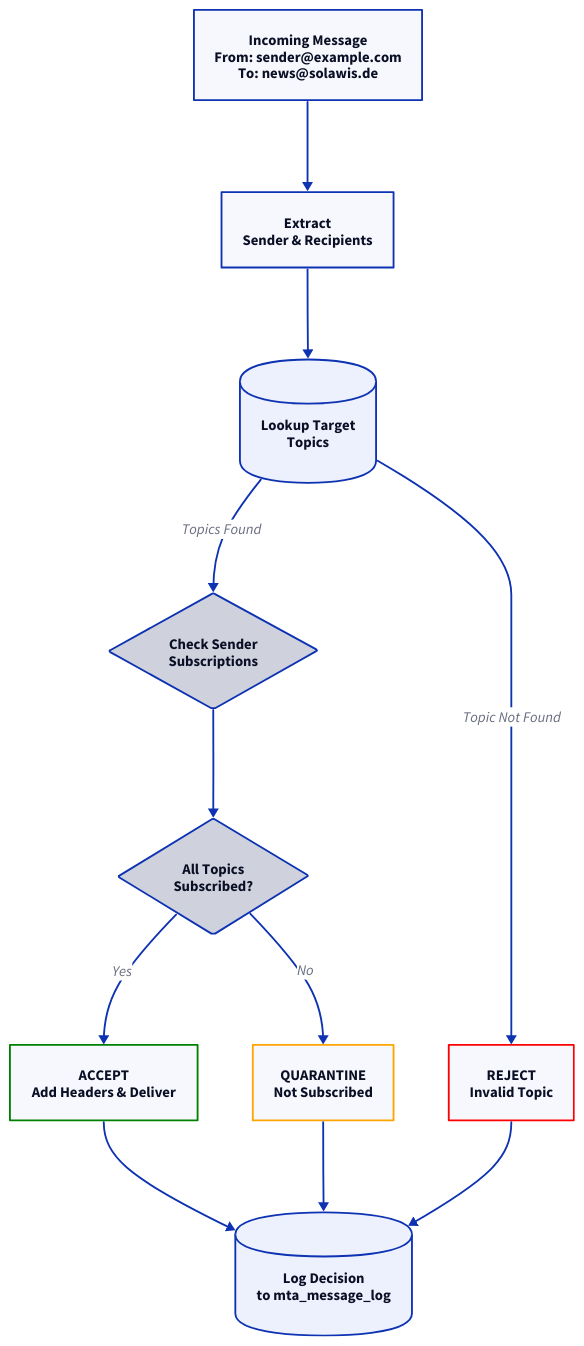
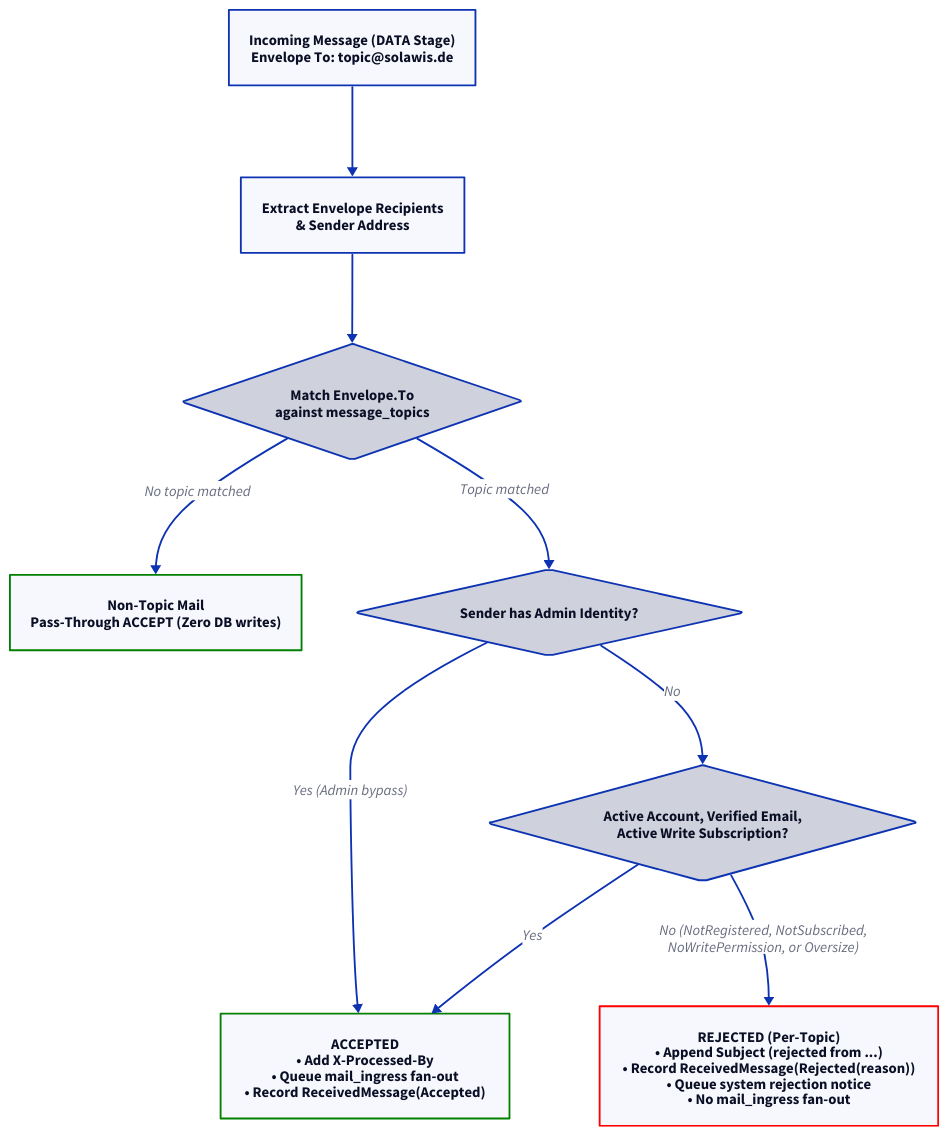
One commit to enaut/kommunikationszentrum changed the diagram in docs/src/email/subscriptions-checking-flow.d2. Above: the diagram before and after it, drawn with D2. The commit also changed 22 other files, not shown here.

Commit message:
docs(mta): align email processing docs and diagrams with admission policy (fixes #27)

```diff
--- a/docs/src/email/subscriptions-checking-flow.d2
+++ b/docs/src/email/subscriptions-checking-flow.d2
@@ -1,34 +1,30 @@
 direction: down
 
-incoming_message: "Incoming Message\nFrom: sender@example.com\nTo: news@solawis.de"
-extract_metadata: "Extract\nSender & Recipients"
-lookup_topics: "Lookup Target\nTopics" { shape: cylinder }
-check_subscriptions: "Check Sender\nSubscriptions" { shape: diamond }
-all_subscribed: "All Topics\nSubscribed?" { shape: diamond }
-
-accept_message: "ACCEPT\nAdd Headers & Deliver" {
+incoming_message: "Incoming Message (DATA Stage)\nEnvelope To: topic@solawis.de"
+extract_metadata: "Extract Envelope Recipients\n& Sender Address"
+topic_match: "Match Envelope.To\nagainst message_topics" { shape: diamond }
+non_topic: "Non-Topic Mail\nPass-Through ACCEPT (Zero DB writes)" {
   style.stroke: green
 }
-quarantine_message: "QUARANTINE\nNot Subscribed" {
-  style.stroke: orange
+admin_check: "Sender has Admin Identity?" { shape: diamond }
+sub_check: "Active Account, Verified Email,\nActive Write Subscription?" { shape: diamond }
+
+accepted: "ACCEPTED\n• Add X-Processed-By\n• Queue mail_ingress fan-out\n• Record ReceivedMessage(Accepted)" {
+  style.stroke: green
 }
-reject_message: "REJECT\nInvalid Topic" {
+
+rejected: "REJECTED (Per-Topic)\n• Append Subject (rejected from ...)\n• Record ReceivedMessage(Rejected(reason))\n• Queue system rejection notice\n• No mail_ingress fan-out" {
   style.stroke: red
 }
 
-log_decision: "Log Decision\nto mta_message_log" { shape: cylinder }
+incoming_message -> extract_metadata
+extract_metadata -> topic_match
 
-incoming_message -> extract_metadata
-extract_metadata -> lookup_topics
+topic_match -> non_topic: "No topic matched"
+topic_match -> admin_check: "Topic matched"
 
-lookup_topics -> check_subscriptions: "Topics Found"
-lookup_topics -> reject_message: "Topic Not Found"
+admin_check -> accepted: "Yes (Admin bypass)"
+admin_check -> sub_check: "No"
 
-check_subscriptions -> all_subscribed
-
-all_subscribed -> accept_message: "Yes"
-all_subscribed -> quarantine_message: "No"
-
-accept_message -> log_decision
-quarantine_message -> log_decision
-reject_message -> log_decision
+sub_check -> accepted: "Yes"
+sub_check -> rejected: "No (NotRegistered, NotSubscribed,\nNoWritePermission, or Oversize)"
```
